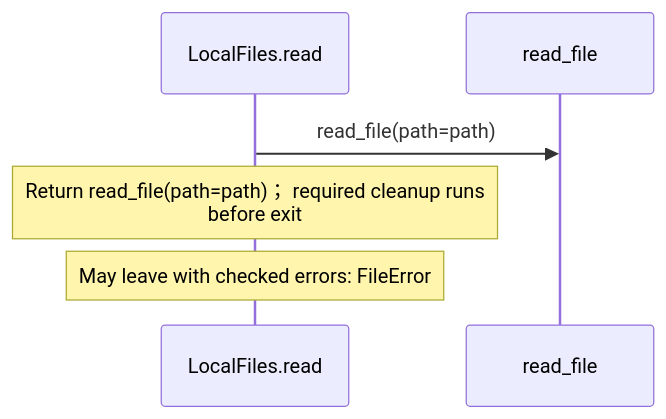
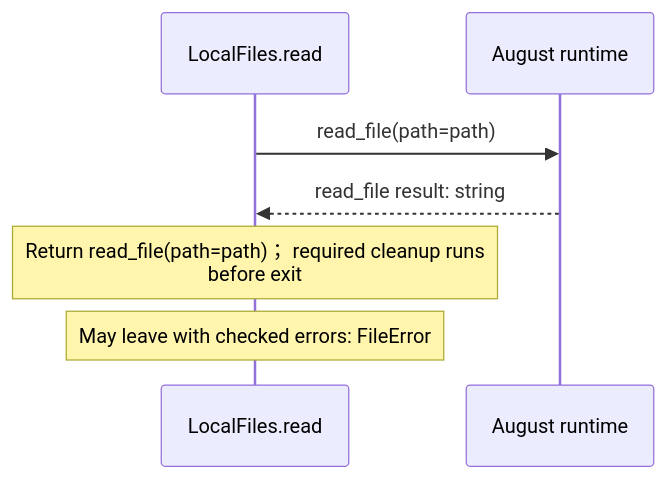
The fifth of 7 diagrams in docs/examples/approved-design/dependencies/august/0.23.0/io/contracts-diagrams.md (GreenPandaStudios/augscript), drawn with Mermaid before and after one commit. The commit also changed other lines of this file and 304 other files, not shown here.

Commit message:
Make generated data-flow sequences concise and review every diagram

````diff
--- a/docs/examples/approved-design/dependencies/august/0.23.0/io/contracts-diagrams.md
+++ b/docs/examples/approved-design/dependencies/august/0.23.0/io/contracts-diagrams.md
@@ -97,8 +112,9 @@
 ```mermaid
 sequenceDiagram
     participant p0 as LocalFiles.read
-    participant p1 as read_file
+    participant p1 as August runtime
     p0->>p1: read_file(path=path)
+    p1-->>p0: read_file result: string
     Note over p0: Return read_file(path=path)； required cleanup runs<br/>before exit
     Note over p0: May leave with checked errors: FileError
 ```
````
